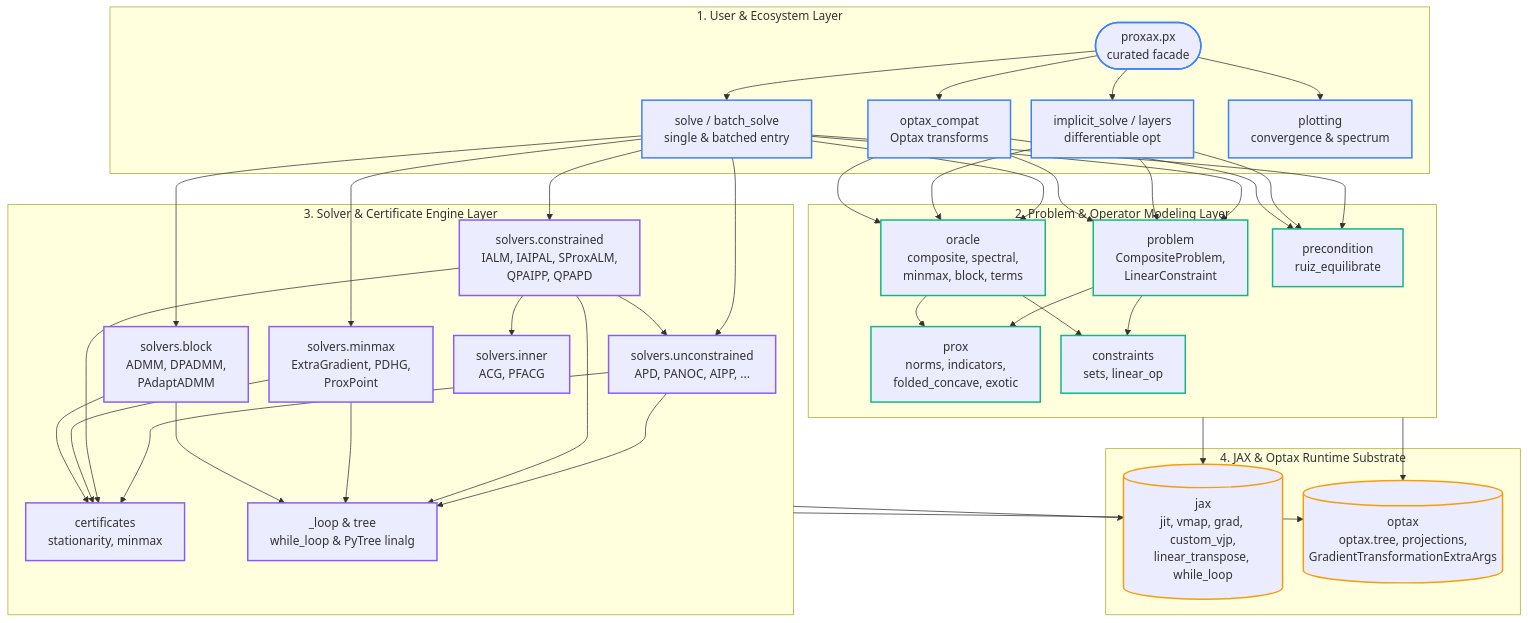
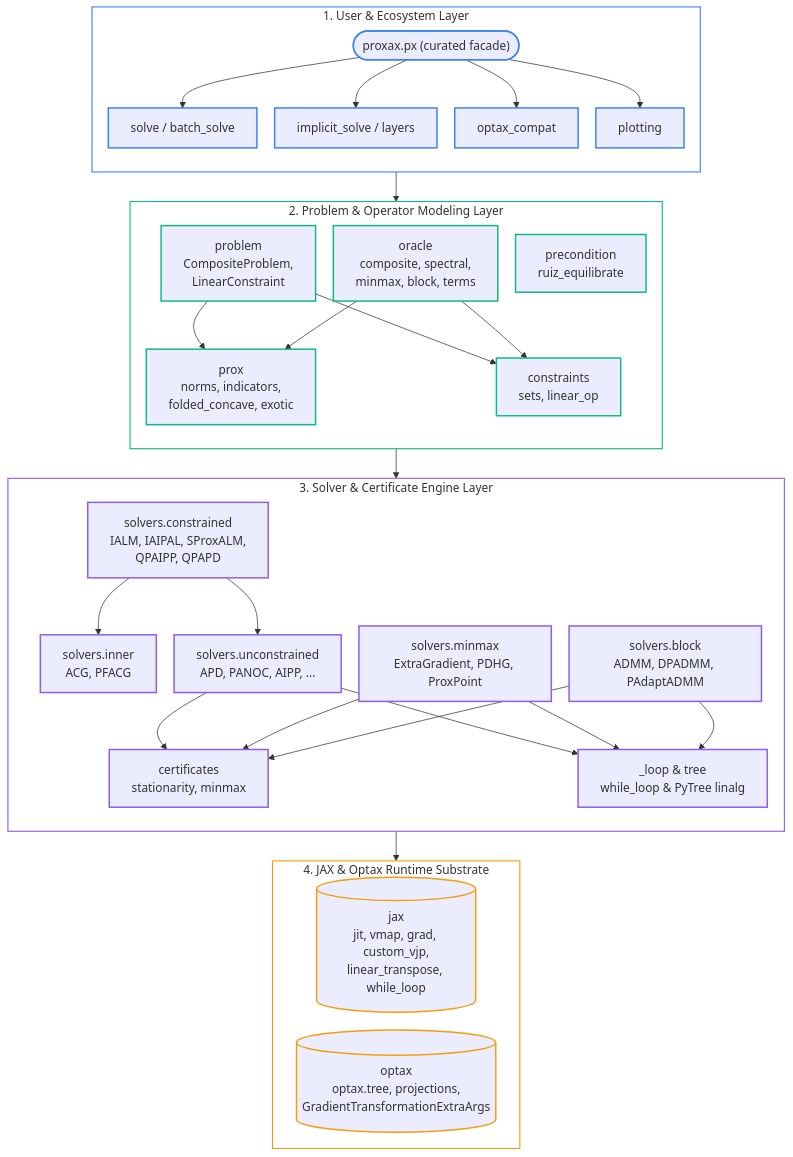
Before and after one commit to wwkong/proxax: the first of 4 diagrams in docs/appendices/software_architecture.md, drawn with Mermaid. The commit also changed 1 other file, not shown here.

Commit message:
Stack Appendix E layers strictly vertically and raise mermaid_height

````diff
--- a/docs/appendices/software_architecture.md
+++ b/docs/appendices/software_architecture.md
@@ -18,49 +18,56 @@
 ```{mermaid}
-%%{init: {'flowchart': {'curve': 'basis', 'nodeSpacing': 28, 'rankSpacing': 42}}}%%
+%%{init: {'flowchart': {'curve': 'basis', 'nodeSpacing': 24, 'rankSpacing': 40}}}%%
 flowchart TB
     classDef user stroke:#3b82f6,stroke-width:2px
     classDef model stroke:#10b981,stroke-width:2px
     classDef solver stroke:#8b5cf6,stroke-width:2px
     classDef substrate stroke:#f59e0b,stroke-width:2px
 
     subgraph L1["1. User & Ecosystem Layer"]
-        PX(["proxax.px<br/>curated facade"]):::user
-        SOLVE["solve / batch_solve<br/>single & batched entry"]:::user
-        DIFF["implicit_solve / layers<br/>differentiable opt"]:::user
-        OPTAX["optax_compat<br/>Optax transforms"]:::user
-        PLOT["plotting<br/>convergence & spectrum"]:::user
+        direction TB
+        PX(["proxax.px (curated facade)"]):::user
+        SOLVE["solve / batch_solve"]:::user
+        DIFF["implicit_solve / layers"]:::user
+        OPTAX["optax_compat"]:::user
+        PLOT["plotting"]:::user
+        PX --> SOLVE & DIFF & OPTAX & PLOT
     end
 
     subgraph L2["2. Problem & Operator Modeling Layer"]
+        direction TB
         PROB["problem<br/>CompositeProblem,<br/>LinearConstraint"]:::model
         ORA["oracle<br/>composite, spectral,<br/>minmax, block, terms"]:::model
+        PREC["precondition<br/>ruiz_equilibrate"]:::model
         PROX["prox<br/>norms, indicators,<br/>folded_concave, exotic"]:::model
         CONS["constraints<br/>sets, linear_op"]:::model
-        PREC["precondition<br/>ruiz_equilibrate"]:::model
+        PROB --> PROX & CONS
+        ORA --> PROX & CONS
+        PREC ~~~ CONS
     end
 
     subgraph L3["3. Solver & Certificate Engine Layer"]
+        direction TB
+        CON["solvers.constrained<br/>IALM, IAIPAL, SProxALM,<br/>QPAIPP, QPAPD"]:::solver
         UNC["solvers.unconstrained<br/>APD, PANOC, AIPP, ..."]:::solver
-        CON["solvers.constrained<br/>IALM, IAIPAL, SProxALM,<br/>QPAIPP, QPAPD"]:::solver
-        MM["solvers.minmax<br/>ExtraGradient, PDHG,<br/>ProxPoint"]:::solver
-        BLK["solvers.block<br/>ADMM, DPADMM,<br/>PAdaptADMM"]:::solver
         INN["solvers.inner<br/>ACG, PFACG"]:::solver
+        MM["solvers.minmax<br/>ExtraGradient, PDHG, ProxPoint"]:::solver
+        BLK["solvers.block<br/>ADMM, DPADMM, PAdaptADMM"]:::solver
         CERT["certificates<br/>stationarity, minmax"]:::solver
         LOOP["_loop & tree<br/>while_loop & PyTree linalg"]:::solver
+        CON --> INN & UNC
+        UNC & MM & BLK --> CERT & LOOP
     end
 
     subgraph L4["4. JAX & Optax Runtime Substrate"]
+        direction LR
         JAX[("jax<br/>jit, vmap, grad, custom_vjp,<br/>linear_transpose, while_loop")]:::substrate
         OX[("optax<br/>optax.tree, projections,<br/>GradientTransformationExtraArgs")]:::substrate
     end
 
-    PX --> SOLVE & DIFF & OPTAX & PLOT
-    SOLVE & DIFF & OPTAX --> PROB & ORA & PREC
-    PROB --> PROX & CONS
-    ORA --> PROX & CONS
-    SOLVE --> UNC & CON & MM & BLK
-    CON --> INN & UNC
-    UNC & CON & MM & BLK --> CERT & LOOP
-    L2 --> JAX & OX
-    L3 --> JAX & OX
+    L1 --> L2 --> L3 --> L4
+
+    style L1 fill:transparent,stroke:#3b82f6,stroke-width:1.5px
+    style L2 fill:transparent,stroke:#10b981,stroke-width:1.5px
+    style L3 fill:transparent,stroke:#8b5cf6,stroke-width:1.5px
+    style L4 fill:transparent,stroke:#f59e0b,stroke-width:1.5px
 ```
````
